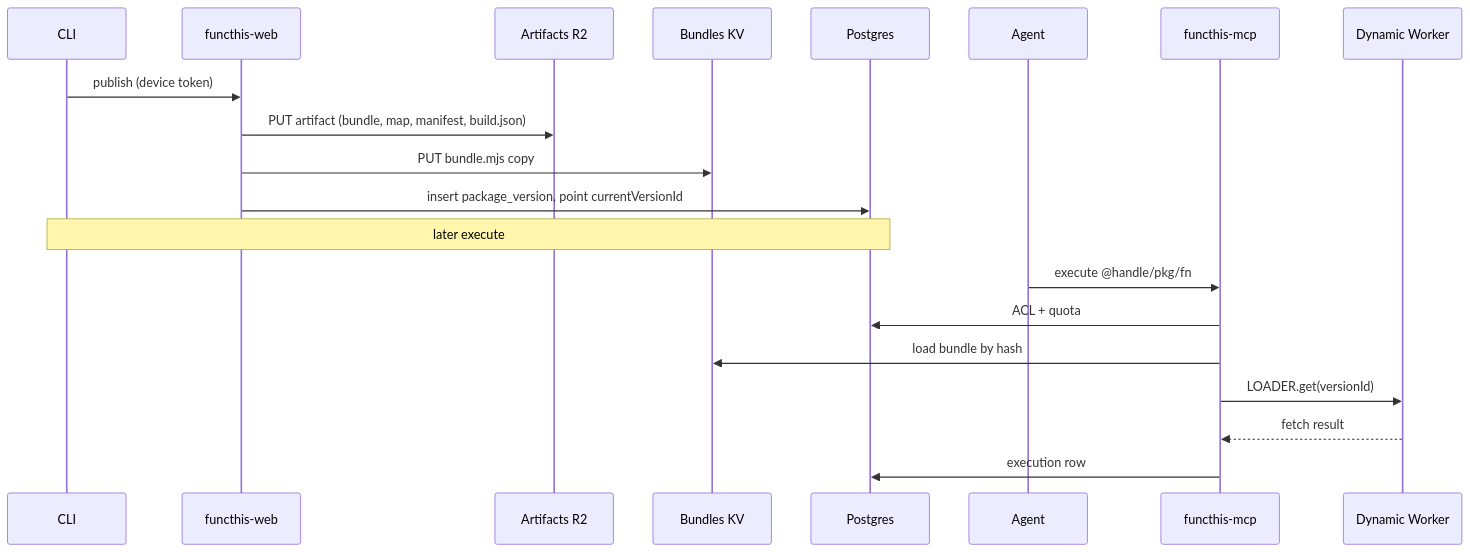
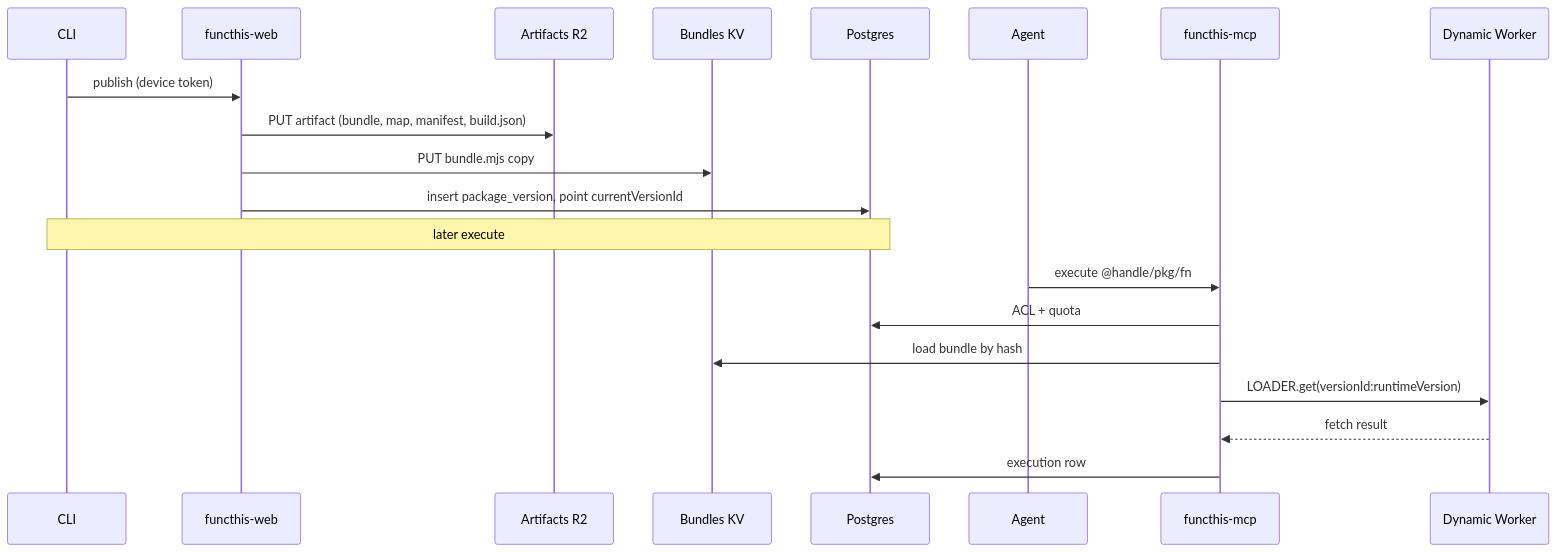
One commit to xmazu/functhis changed the second of 3 diagrams in architecture.md. Above: the diagram before and after it, drawn with Mermaid. The commit also changed other lines of this file and 59 other files, not shown here.

Commit message:
feat: enhance architecture documentation with runtime kernel versioning details, update bun.lock to include @functhis/runtime, and add new components for package sharing and command execution in the console application

````diff
--- a/architecture.md
+++ b/architecture.md
@@ -232,23 +233,23 @@
 ```mermaid
 sequenceDiagram
   participant CLI
   participant Web as functhis-web
   participant R2 as Artifacts R2
   participant KV as Bundles KV
   participant DB as Postgres
   participant Agent
   participant MCP as functhis-mcp
   participant DW as Dynamic Worker
 
   CLI->>Web: publish (device token)
   Web->>R2: PUT artifact (bundle, map, manifest, build.json)
   Web->>KV: PUT bundle.mjs copy
   Web->>DB: insert package_version, point currentVersionId
   Note over CLI,DB: later execute
   Agent->>MCP: execute @handle/pkg/fn
   MCP->>DB: ACL + quota
   MCP->>KV: load bundle by hash
-  MCP->>DW: LOADER.get(versionId)
+  MCP->>DW: LOADER.get(versionId:runtimeVersion)
   DW-->>MCP: fetch result
   MCP->>DB: execution row
 ```
````
